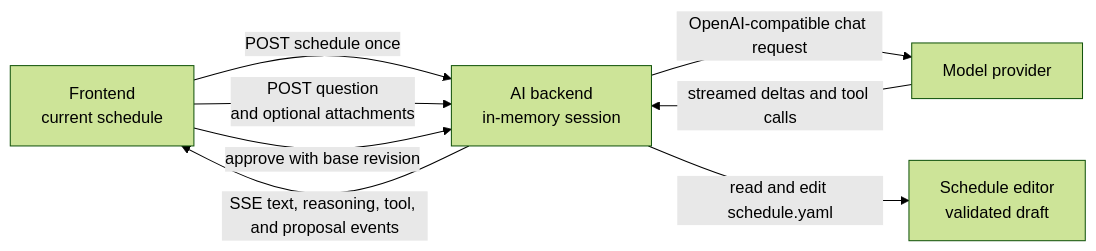
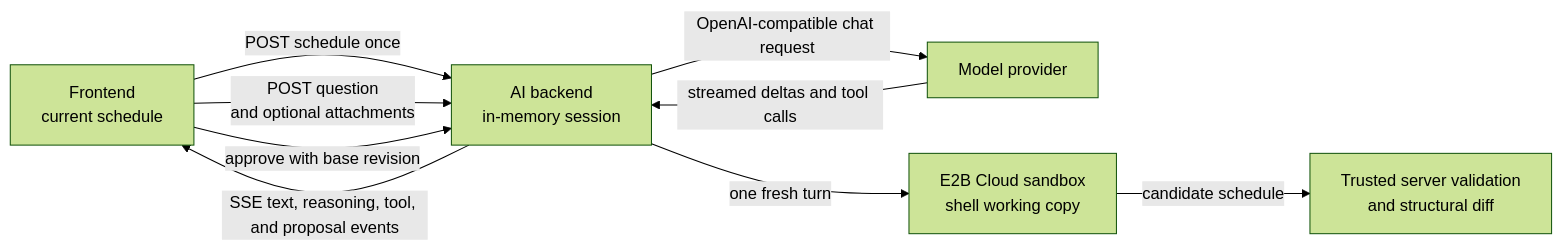
The diagram in docs/content/ai-assistant.md (j3soon/nurse-scheduling), drawn with Mermaid (forest theme) before and after one commit. The commit also changed other lines of this file and 3 other files, not shown here.

First line of the commit message:
docs(ai): document Bash-only sandbox architecture

````diff
--- a/docs/content/ai-assistant.md
+++ b/docs/content/ai-assistant.md
@@ -43,10 +44,11 @@
 ```mermaid
 flowchart LR
     Browser[Frontend<br/>current schedule] -->|POST schedule once| Session[AI backend<br/>in-memory session]
     Browser -->|POST question<br/>and optional attachments| Session
     Session -->|OpenAI-compatible chat request| Provider[Model provider]
     Provider -->|streamed deltas and tool calls| Session
-    Session -->|read and edit schedule.yaml| Editor[Schedule editor<br/>validated draft]
+    Session -->|one fresh turn| Sandbox[E2B Cloud sandbox<br/>shell working copy]
+    Sandbox -->|candidate schedule| Validation[Trusted server validation<br/>and structural diff]
     Session -->|SSE text, reasoning, tool, and proposal events| Browser
     Browser -->|approve with base revision| Session
 ```
````
